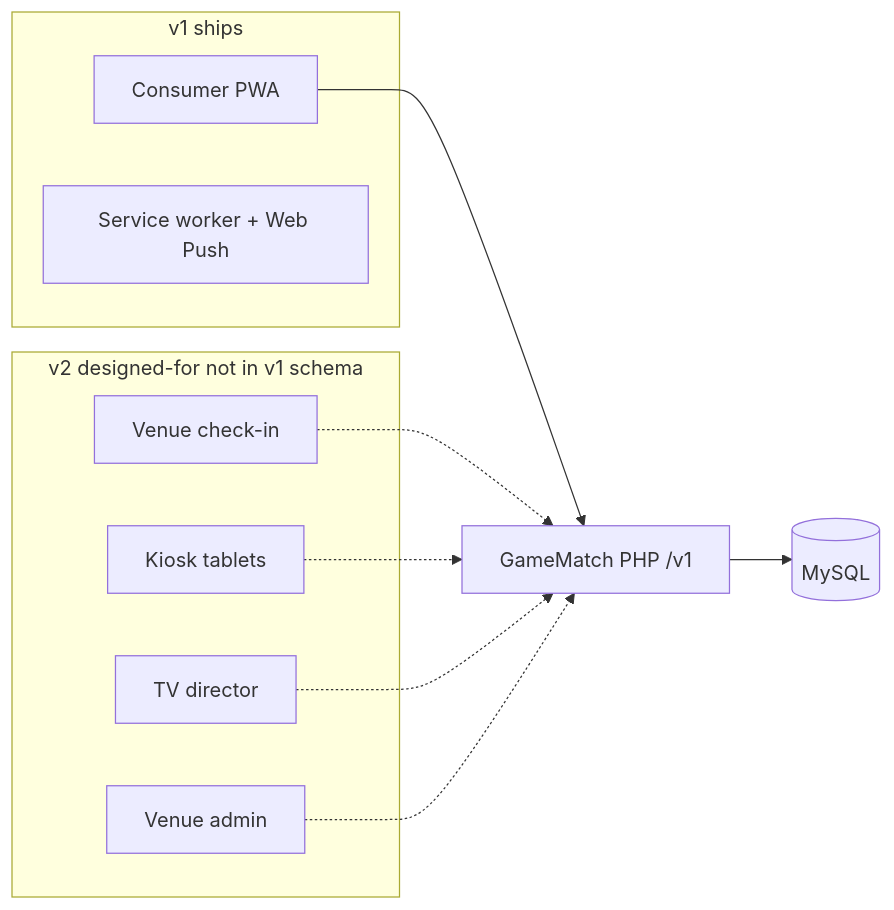
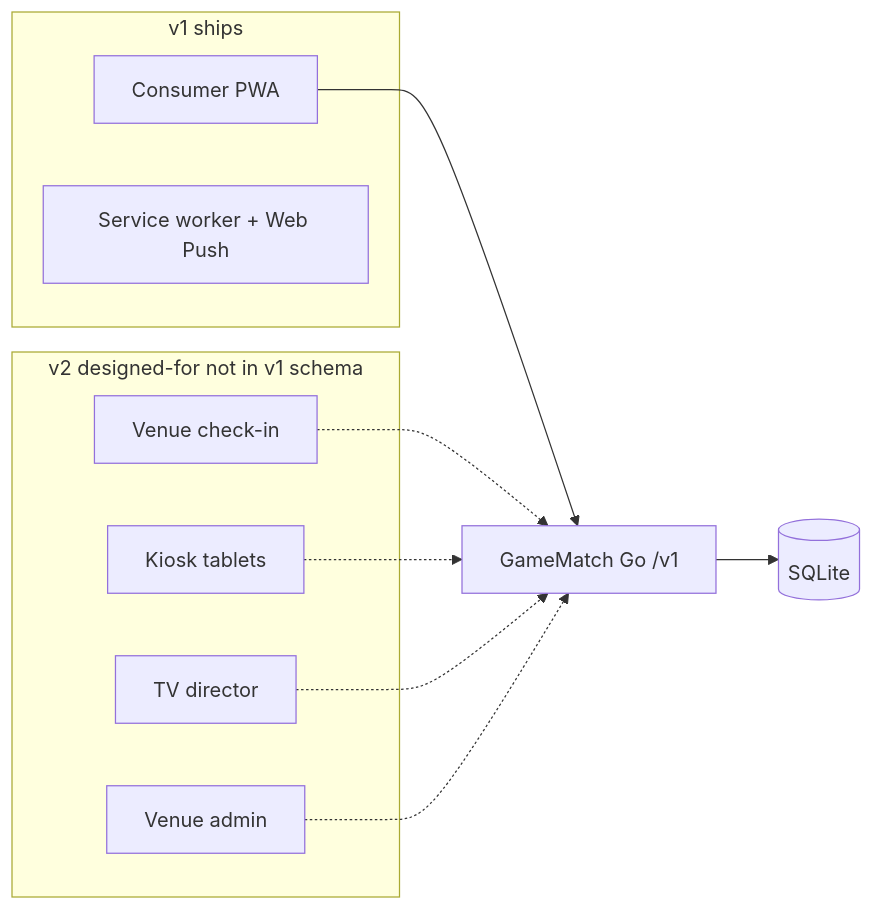
One commit to dukedelaet/game-match-pwa changed the first of 10 diagrams in docs/design-docs-and-wireframes.md. Above: the diagram before and after it, drawn with Mermaid. The commit also changed other lines of this file and 128 other files, not shown here.

First line of the commit message:
feat: run the backend on Go and SQLite instead of PHP and MySQL

````diff
--- a/docs/design-docs-and-wireframes.md
+++ b/docs/design-docs-and-wireframes.md
@@ -131,19 +131,19 @@
 ```mermaid
 flowchart LR
   subgraph v1 [v1 ships]
     PWA[Consumer PWA]
     SW[Service worker + Web Push]
   end
   subgraph v2 [v2 designed-for not in v1 schema]
     VEN[Venue check-in]
     TAB[Kiosk tablets]
     TV[TV director]
     ADM[Venue admin]
   end
-  PWA --> API[GameMatch PHP /v1]
+  PWA --> API[GameMatch Go /v1]
   VEN -.-> API
   TAB -.-> API
   TV -.-> API
   ADM -.-> API
-  API --> DB[(MySQL)]
+  API --> DB[(SQLite)]
 ```
````
